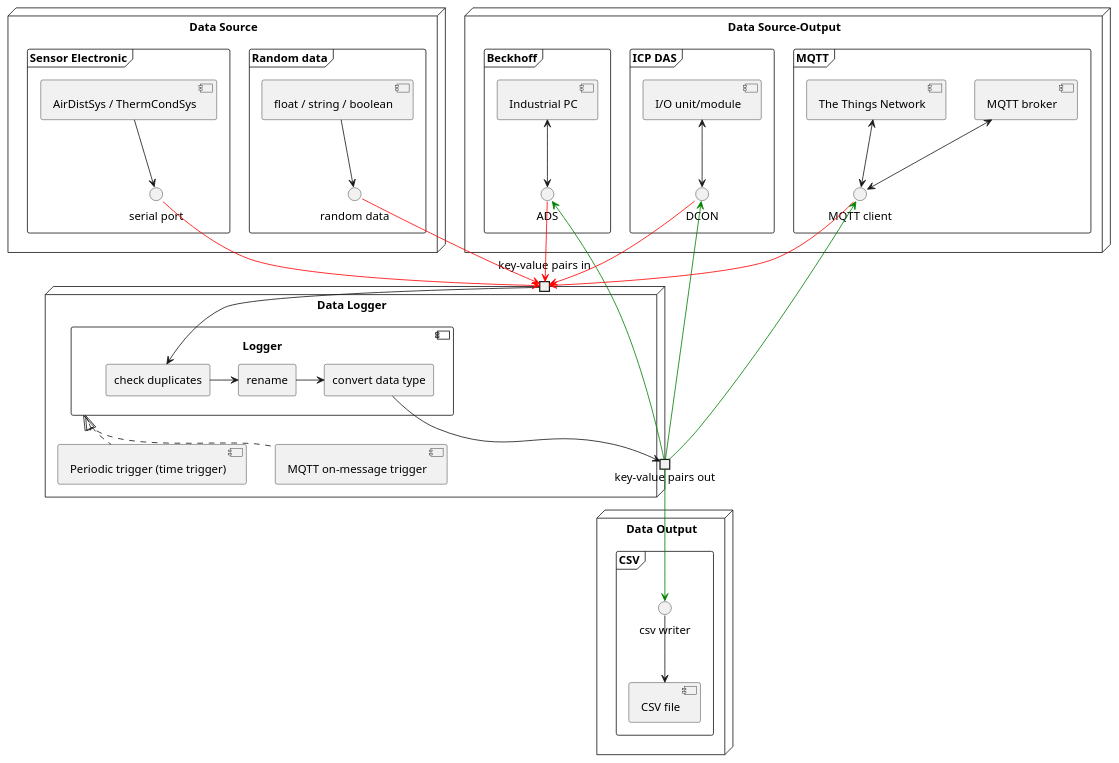
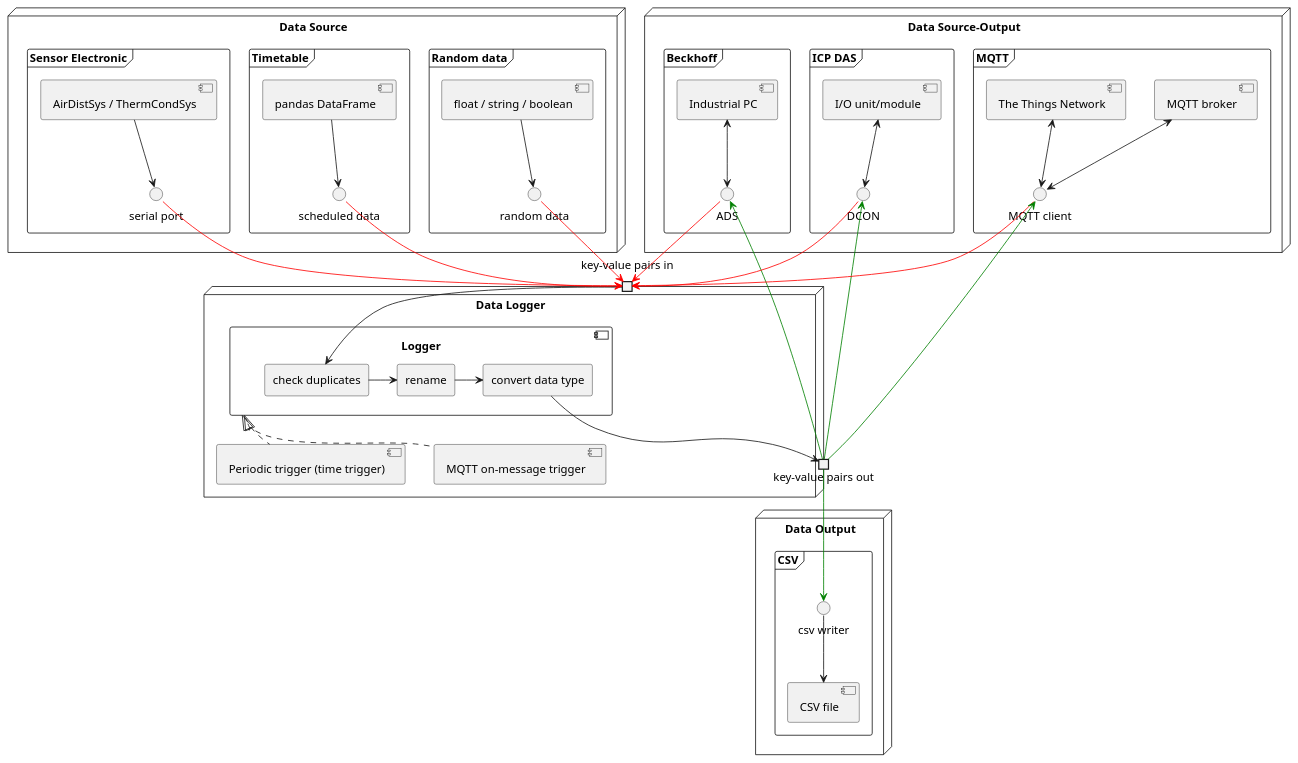
One commit to RWTH-EBC/EBC_Measurements changed the diagram in docs/uml/Overview.puml. Above: the diagram before and after it, drawn with PlantUML. The commit also changed 5 other files, not shown here.

```diff
--- a/docs/uml/Overview.puml
+++ b/docs/uml/Overview.puml
@@ -1,71 +1,76 @@
 @startuml
 'left to right direction
 
 node "Data Source"{
     frame "Random data"{
         () "random data"
         [float / string / boolean] --> "random data"
+    }
+    frame "Timetable"{
+        () "scheduled data"
+        [pandas DataFrame] --> "scheduled data"
     }
     frame "Sensor Electronic"{
         () "serial port"
         [AirDistSys / ThermCondSys] --> "serial port"
     }
 }
 
 node "Data Output"{
     frame "CSV"{
         () "csv writer"
         "csv writer" --> [CSV file]
     }
 }
 
 node "Data Source-Output"{
     frame "Beckhoff"{
         () "ADS"
         [Industrial PC] <--> "ADS"
     }
     frame "ICP DAS"{
         () "DCON"
         [I/O unit/module] <--> "DCON"
     }
     frame "MQTT"{
         () "MQTT client"
         [MQTT broker] <--> "MQTT client"
         [The Things Network] <--> "MQTT client"
     }
 }
 
 node "Data Logger"{
     portin "key-value pairs in"
     portout "key-value pairs out"
 
     component "Logger"{
         rectangle "check duplicates"
         rectangle "rename"
         rectangle "convert data type"
 
         "check duplicates" -right-> "rename"
         "rename" -right-> "convert data type"
     }
     "key-value pairs in" --> "check duplicates"
     "convert data type" --> "key-value pairs out"
 
     component "Periodic trigger (time trigger)"
     component "MQTT on-message trigger"
     "Logger" <|.. "Periodic trigger (time trigger)"
     "Logger" <|.. "MQTT on-message trigger"
 
     "random data" -[#Red]-> "key-value pairs in"
+    "scheduled data" -[#Red]-> "key-value pairs in"
     "serial port" -[#Red]-> "key-value pairs in"
 
     "key-value pairs out" -[#Green]-> "csv writer"
 
     "ADS" -[#Red]-> "key-value pairs in"
     "key-value pairs out" -[#Green]-> "ADS"
     "DCON" -[#Red]-> "key-value pairs in"
     "key-value pairs out" -[#Green]-> "DCON"
     "MQTT client" -[#Red]-> "key-value pairs in"
     "key-value pairs out" -[#Green]-> "MQTT client"
 }
 
 @enduml
```
